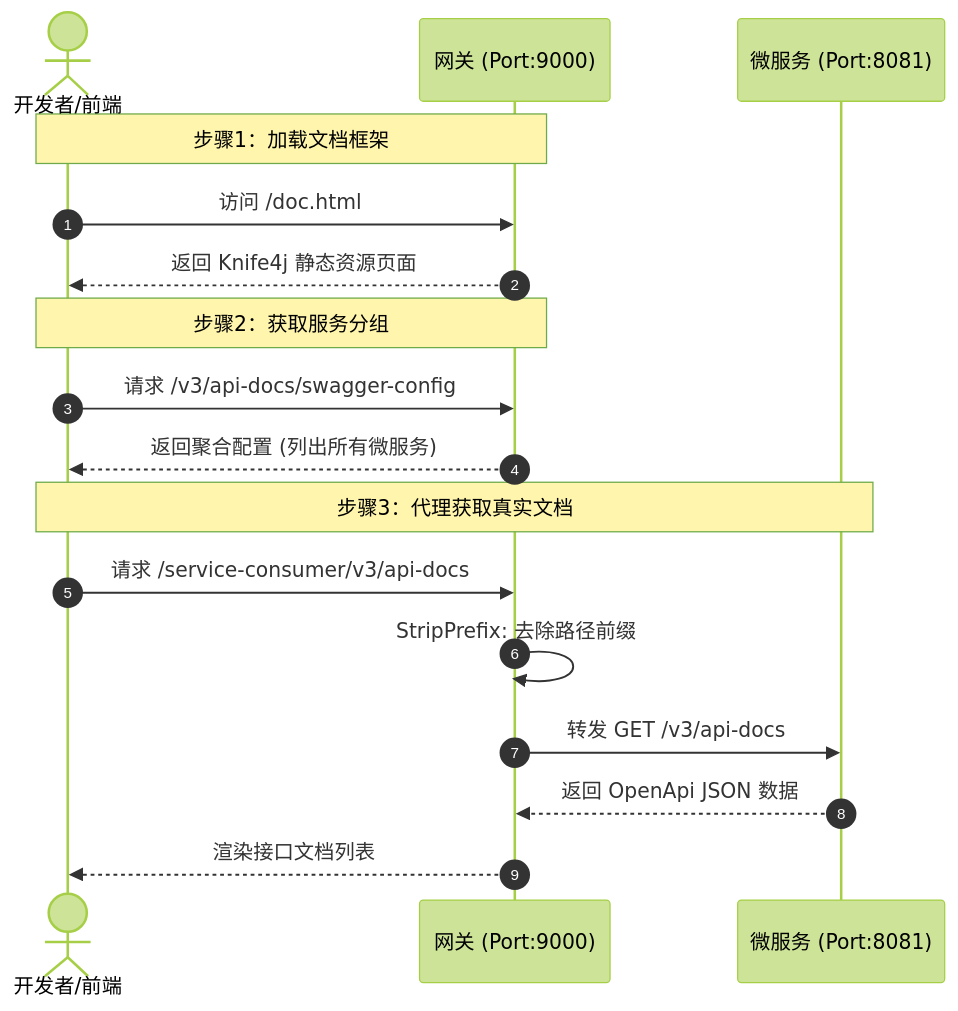
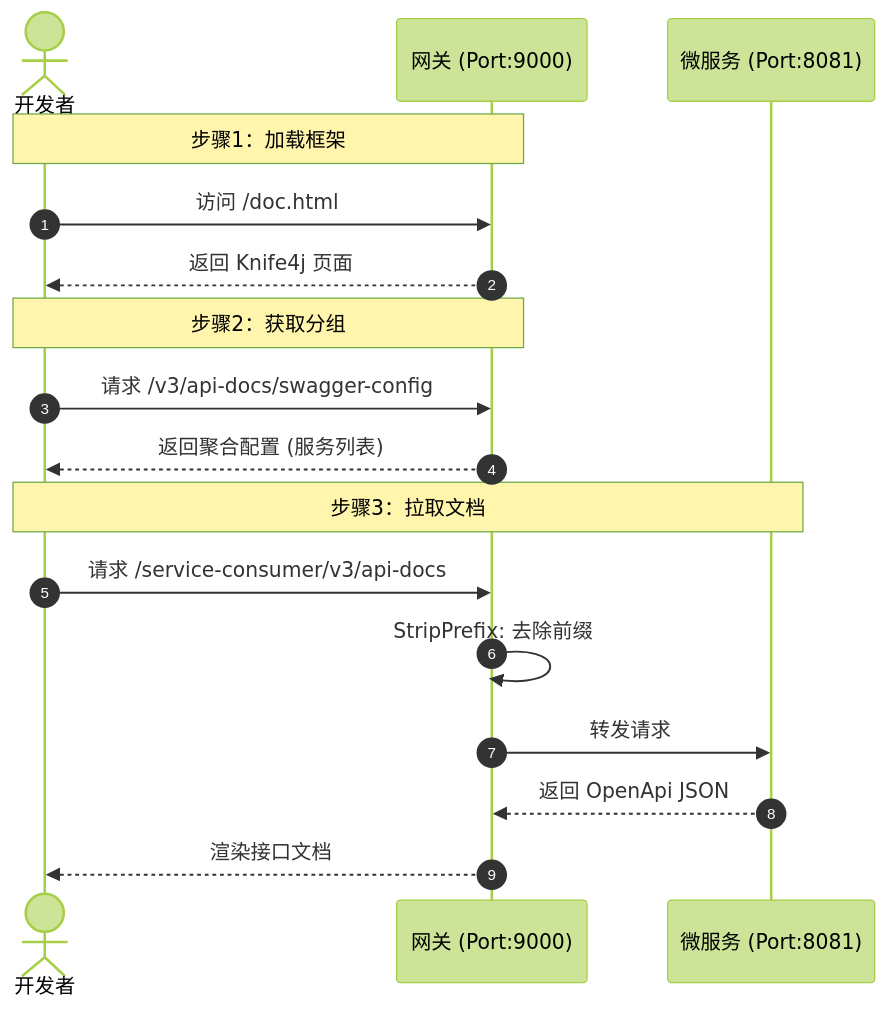
The fourth of 4 diagrams in README.md (RCPawn/api-gateway), drawn with Mermaid (forest theme) before and after one commit. The commit also changed other lines of this file and 13 other files, not shown here.

````diff
--- a/README.md
+++ b/README.md
@@ -170,22 +175,22 @@
 ```mermaid
 sequenceDiagram
     autonumber
-    actor User as 开发者/前端
+    actor User as 开发者
     participant Gateway as 网关 (Port:9000)
     participant Consumer as 微服务 (Port:8081)
 
-    Note over User, Gateway: 步骤1：加载文档框架
+    Note over User, Gateway: 步骤1：加载框架
     User->>Gateway: 访问 /doc.html
-    Gateway-->>User: 返回 Knife4j 静态资源页面
+    Gateway-->>User: 返回 Knife4j 页面
 
-    Note over User, Gateway: 步骤2：获取服务分组
+    Note over User, Gateway: 步骤2：获取分组
     User->>Gateway: 请求 /v3/api-docs/swagger-config
-    Gateway-->>User: 返回聚合配置 (列出所有微服务)
+    Gateway-->>User: 返回聚合配置 (服务列表)
 
-    Note over User, Consumer: 步骤3：代理获取真实文档
+    Note over User, Consumer: 步骤3：拉取文档
     User->>Gateway: 请求 /service-consumer/v3/api-docs
-    Gateway->>Gateway: StripPrefix: 去除路径前缀
-    Gateway->>Consumer: 转发 GET /v3/api-docs
-    Consumer-->>Gateway: 返回 OpenApi JSON 数据
-    Gateway-->>User: 渲染接口文档列表
+    Gateway->>Gateway: StripPrefix: 去除前缀
+    Gateway->>Consumer: 转发请求
+    Consumer-->>Gateway: 返回 OpenApi JSON
+    Gateway-->>User: 渲染接口文档
 ```
````
